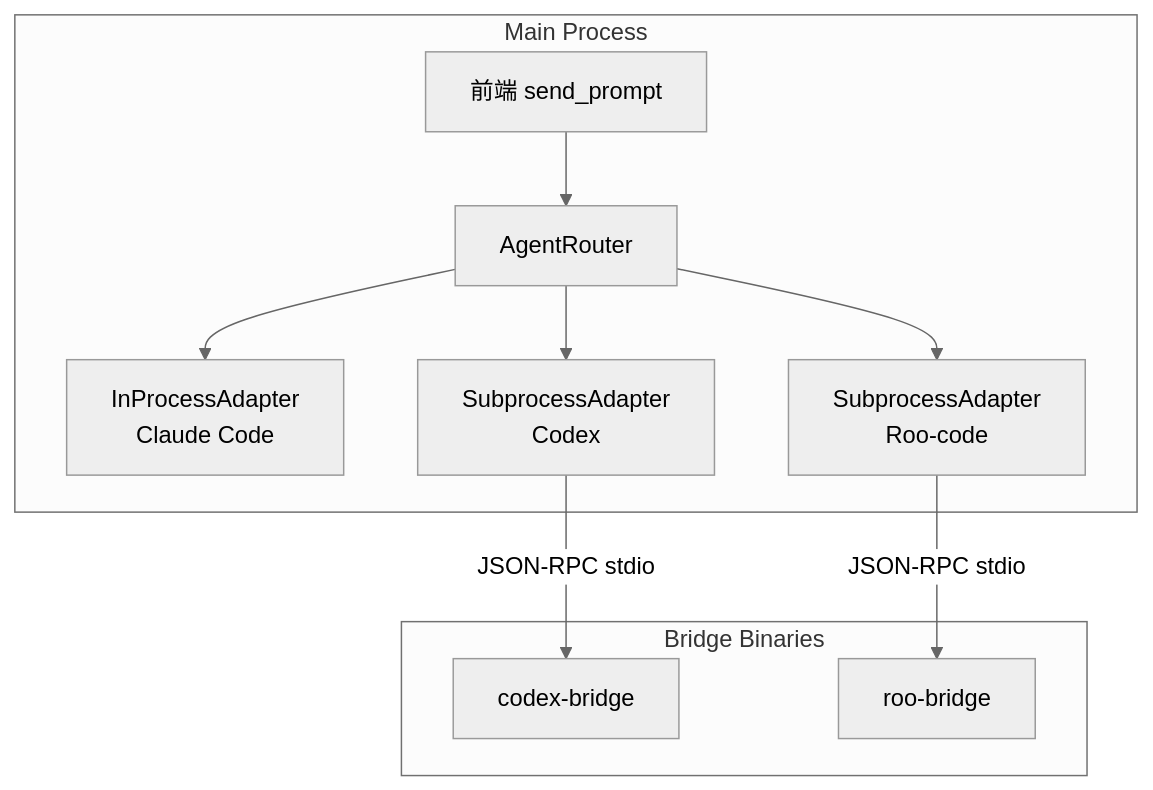
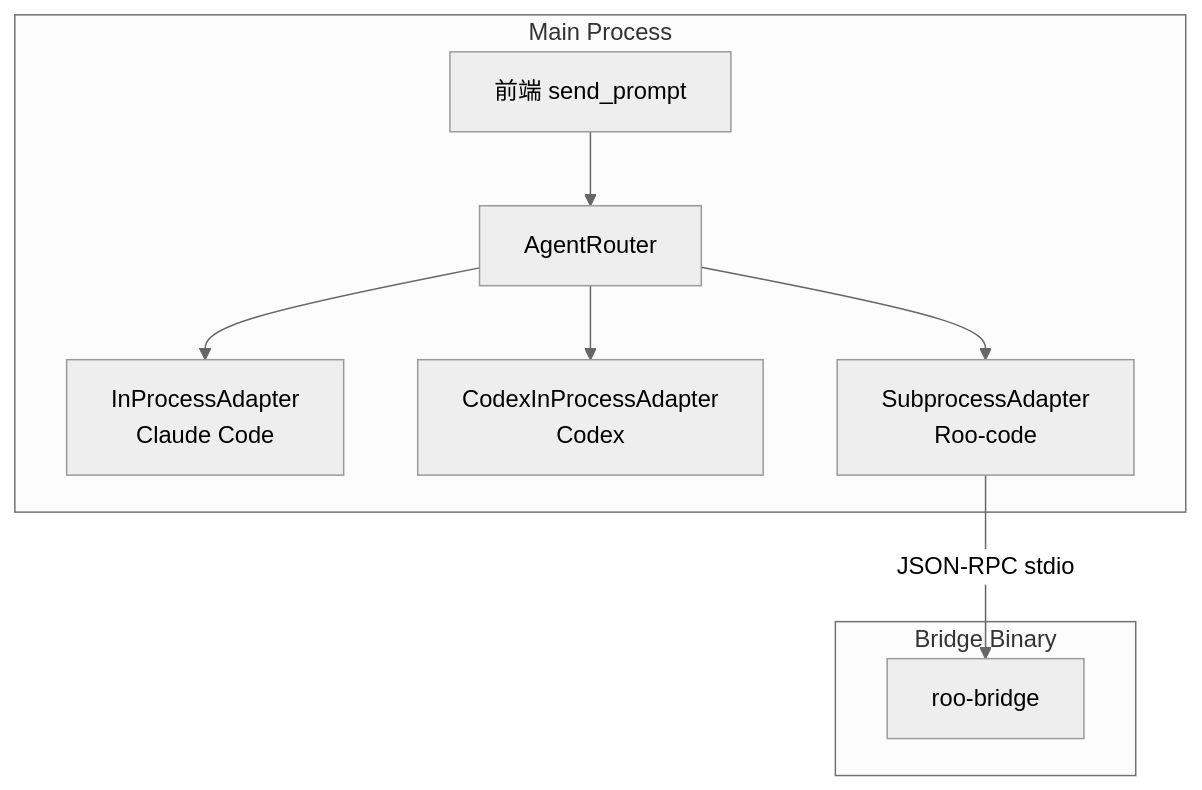
One commit to yanzhi0922/remote-code-rust changed the diagram in README.md. Above: the diagram before and after it, drawn with Mermaid (neutral theme). The commit also changed other lines of this file and 34 other files, not shown here.

````diff
--- a/README.md
+++ b/README.md
@@ -331,22 +331,20 @@
 ```mermaid
 graph TB
     subgraph Main Process
         UI[前端 send_prompt]
         ROUTER[AgentRouter]
         IPA[InProcessAdapter<br/>Claude Code]
-        SA_CX[SubprocessAdapter<br/>Codex]
+        CXA[CodexInProcessAdapter<br/>Codex]
         SA_ROO[SubprocessAdapter<br/>Roo-code]
     end
 
-    subgraph Bridge Binaries
-        CX_BRIDGE[codex-bridge]
+    subgraph Bridge Binary
         ROO_BRIDGE[roo-bridge]
     end
 
     UI --> ROUTER
     ROUTER --> IPA
-    ROUTER --> SA_CX
+    ROUTER --> CXA
     ROUTER --> SA_ROO
-    SA_CX -->|JSON-RPC stdio| CX_BRIDGE
     SA_ROO -->|JSON-RPC stdio| ROO_BRIDGE
 ```
````
